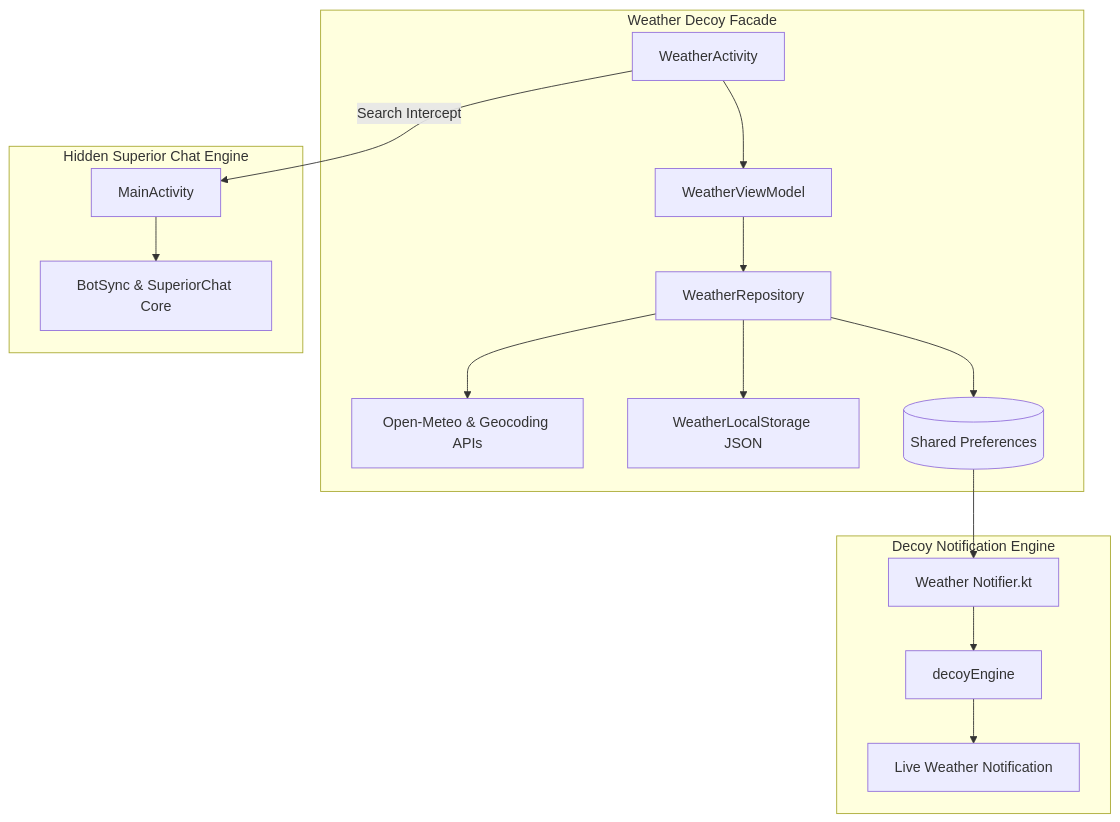
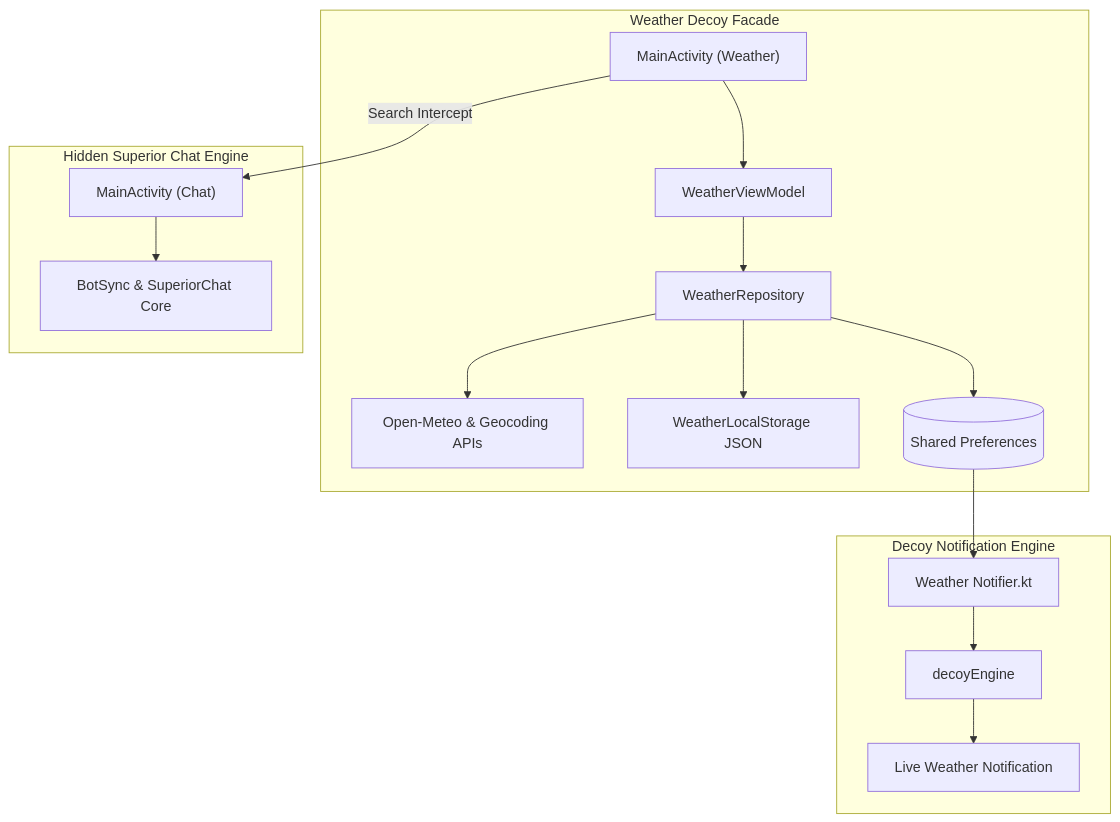
One commit to sandeshsahu/superiorchat changed the diagram in docs/flavors/FlavorWeather.md. Above: the diagram before and after it, drawn with Mermaid. The commit also changed other lines of this file and 11 other files, not shown here.

````diff
--- a/docs/flavors/FlavorWeather.md
+++ b/docs/flavors/FlavorWeather.md
@@ -29,21 +29,21 @@
 ```mermaid
 graph TD
     subgraph Weather Decoy Facade
-        WA[WeatherActivity] --> WVM[WeatherViewModel]
+        WMA["MainActivity (Weather)"] --> WVM[WeatherViewModel]
         WVM --> WR[WeatherRepository]
         WR --> API[Open-Meteo & Geocoding APIs]
         WR --> Cache[WeatherLocalStorage JSON]
         WR --> Prefs[(Shared Preferences)]
     end
 
     subgraph Decoy Notification Engine
         Prefs --> Notifier[Weather Notifier.kt]
         Notifier --> DE[decoyEngine]
         DE --> Notif[Live Weather Notification]
     end
 
     subgraph Hidden Superior Chat Engine
-        WA -- "Search Intercept" --> MA[MainActivity]
-        MA --> Core[BotSync & SuperiorChat Core]
+        WMA -- "Search Intercept" --> CMA["MainActivity (Chat)"]
+        CMA --> Core[BotSync & SuperiorChat Core]
     end
 ```
````
